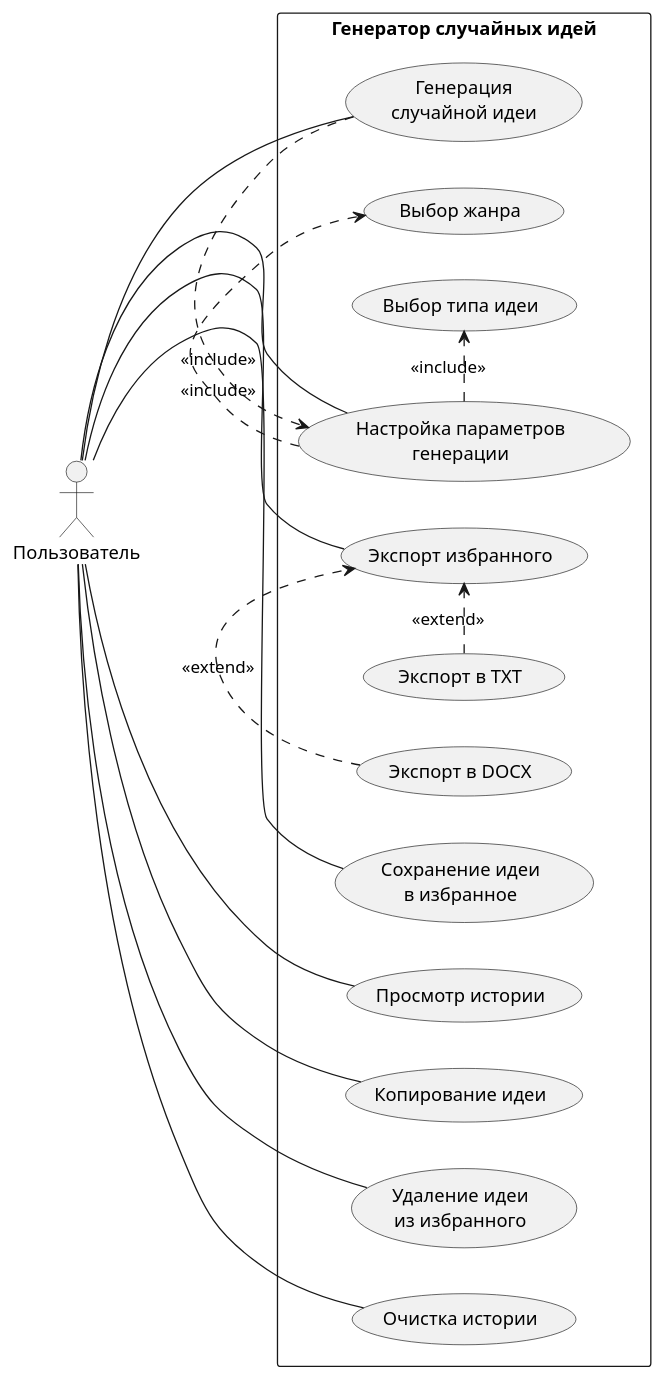
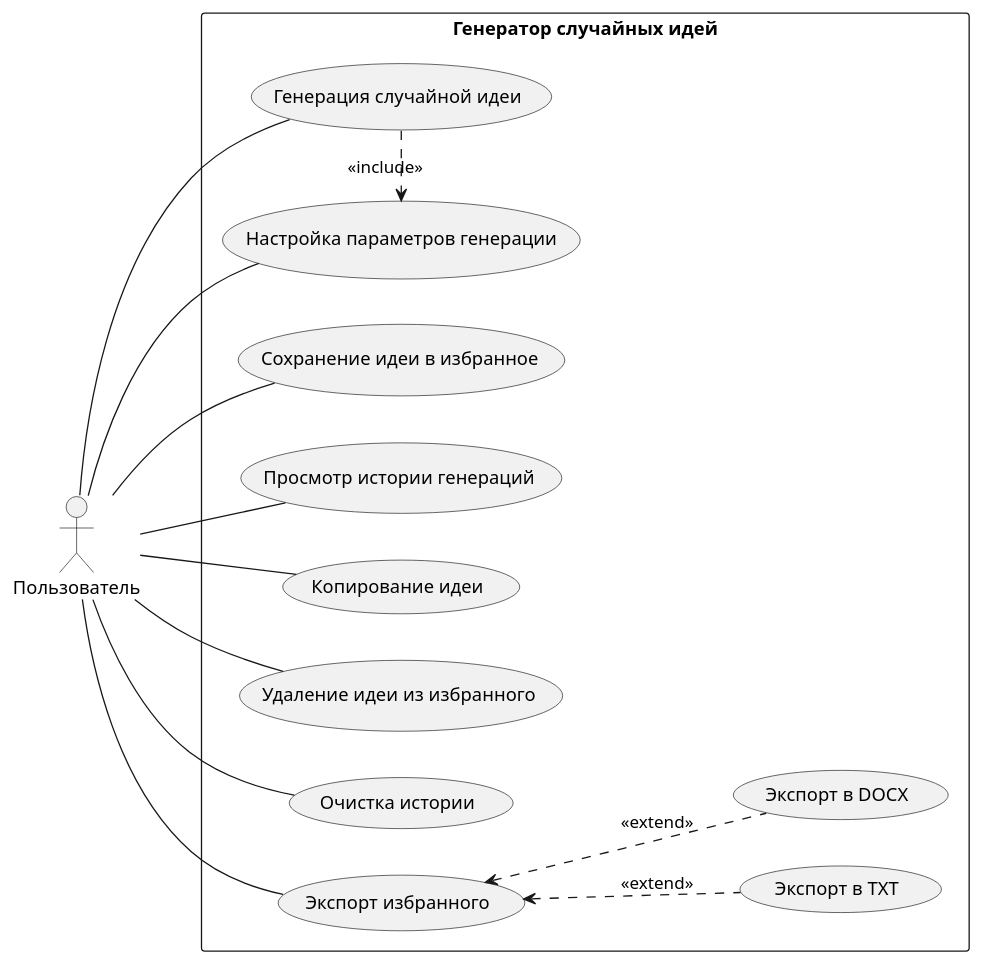
The diagram in docs/use_case/use_case_diagram.puml (ritakurtyakova/random-idea-srs), drawn with PlantUML before and after one commit.

```diff
--- a/docs/use_case/use_case_diagram.puml
+++ b/docs/use_case/use_case_diagram.puml
@@ -2,41 +2,59 @@
 @startuml
+
 left to right direction
 
-actor "Пользователь" as User
+actor Пользователь as User
 
 rectangle "Генератор случайных идей" {
 
-    usecase "Генерация\nслучайной идеи" as Generate
-    usecase "Настройка параметров\nгенерации" as Settings
-    usecase "Выбор типа идеи" as Type
-    usecase "Выбор жанра" as Genre
+  usecase "Генерация случайной идеи" as Generate
 
-    usecase "Сохранение идеи\nв избранное" as Save
-    usecase "Просмотр истории" as History
-    usecase "Копирование идеи" as Copy
+  usecase "Настройка параметров генерации" as Settings
 
-    usecase "Удаление идеи\nиз избранного" as Delete
-    usecase "Очистка истории" as Clear
+  usecase "Сохранение идеи в избранное" as Save
 
-    usecase "Экспорт избранного" as Export
-    usecase "Экспорт в TXT" as TXT
-    usecase "Экспорт в DOCX" as DOCX
+  usecase "Просмотр истории генераций" as ViewHistory
+
+  usecase "Копирование идеи" as Copy
+
+  usecase "Удаление идеи из избранного" as Delete
+
+  usecase "Очистка истории" as ClearHistory
+
+  usecase "Экспорт избранного" as Export
+
+  usecase "Экспорт в TXT" as TXT
+
+  usecase "Экспорт в DOCX" as DOCX
+
+  ' Include relationships
+
+  Generate .> Settings : <<include>>
+
+  ' Extend relationships
+
+  Export <.. TXT : <<extend>>
+
+  Export <.. DOCX : <<extend>>
+
 }
 
+' Actor associations
+
 User -- Generate
+
 User -- Settings
+
 User -- Save
-User -- History
+
+User -- ViewHistory
+
 User -- Copy
+
 User -- Delete
-User -- Clear
+
+User -- ClearHistory
+
 User -- Export
 
-Generate .> Settings : <<include>>
-Settings .> Type : <<include>>
-Settings .> Genre : <<include>>
-
-TXT .> Export : <<extend>>
-DOCX .> Export : <<extend>>
-
 @enduml
```
